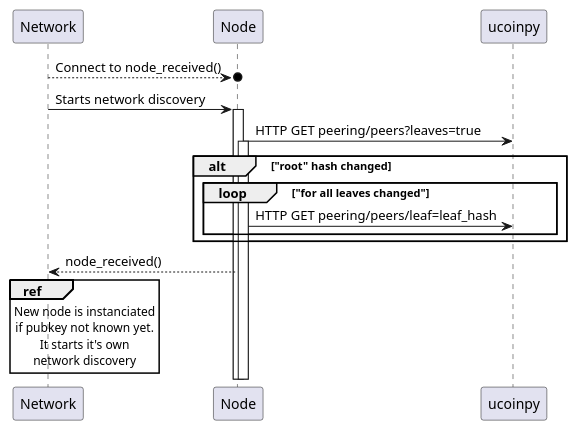
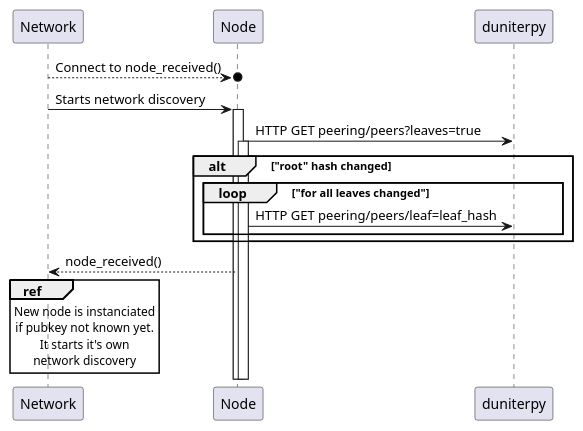
Before and after one commit to duniter/sakia: the diagram in doc/uml/network.pu, drawn with PlantUML. The commit also changed 56 other files, not shown here.

```diff
--- a/doc/uml/network.pu
+++ b/doc/uml/network.pu
@@ -1,20 +1,20 @@
 @startuml
 
 Network -->o Node : Connect to node_received()
 Network -> Node : Starts network discovery
 activate Node
-Node -> ucoinpy : HTTP GET peering/peers?leaves=true
+Node -> duniterpy : HTTP GET peering/peers?leaves=true
 alt "root" hash changed
 loop "for all leaves changed"
 activate Node
-Node -> ucoinpy : HTTP GET peering/peers/leaf=leaf_hash
+Node -> duniterpy : HTTP GET peering/peers/leaf=leaf_hash
 end
 end
 Network <-- Node : node_received()
 ref over Network
 New node is instanciated
 if pubkey not known yet.
 It starts it's own
 network discovery
 end ref
 @enduml
```
